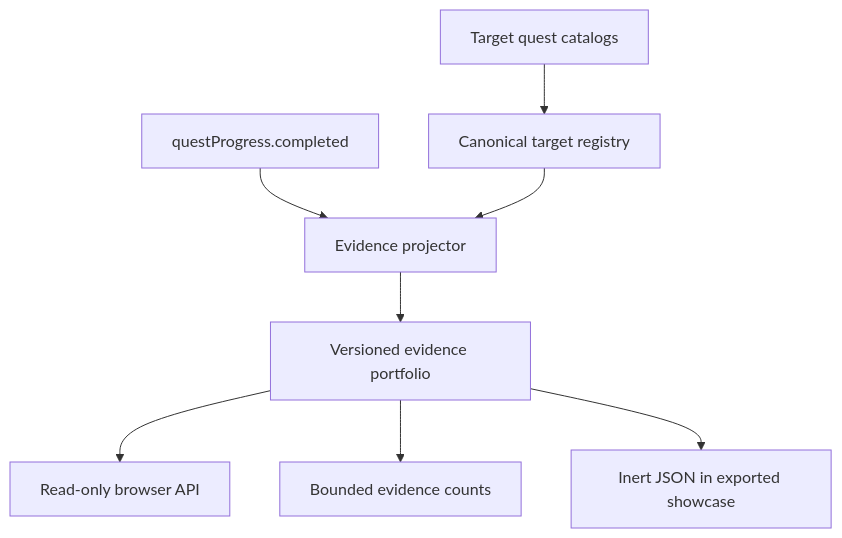
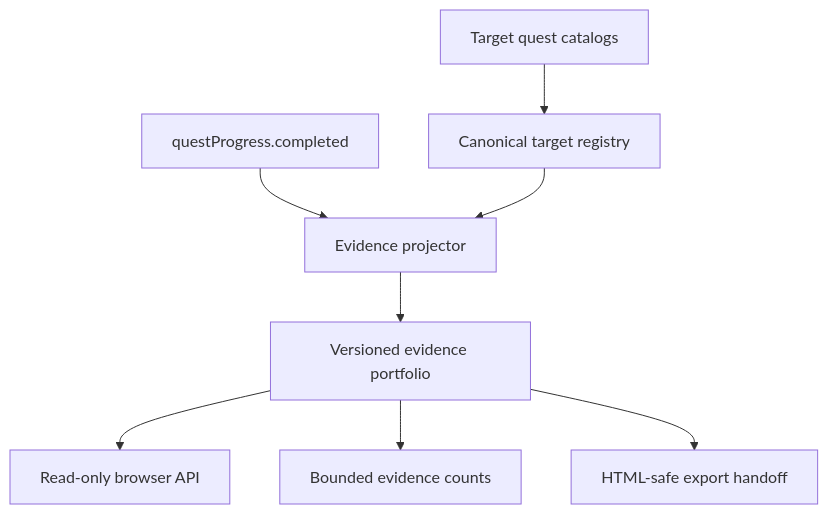
Before and after one commit to secreal/ulong-rpg: the diagram in docs/plans/2026-07-23-021-feat-target-evidence-portfolio-plan.md, drawn with Mermaid. The commit also changed other lines of this file and 6 other files, not shown here.

````diff
--- a/docs/plans/2026-07-23-021-feat-target-evidence-portfolio-plan.md
+++ b/docs/plans/2026-07-23-021-feat-target-evidence-portfolio-plan.md
@@ -108,10 +108,10 @@
 ```mermaid
 flowchart TB
     Progress[questProgress.completed] --> Projector[Evidence projector]
     Catalogs[Target quest catalogs] --> Registry[Canonical target registry]
     Registry --> Projector
     Projector --> Portfolio[Versioned evidence portfolio]
     Portfolio --> BrowserAPI[Read-only browser API]
     Portfolio --> AgentContext[Bounded evidence counts]
-    Portfolio --> Showcase[Inert JSON in exported showcase]
+    Portfolio --> Serializer[HTML-safe export handoff]
 ```
````
